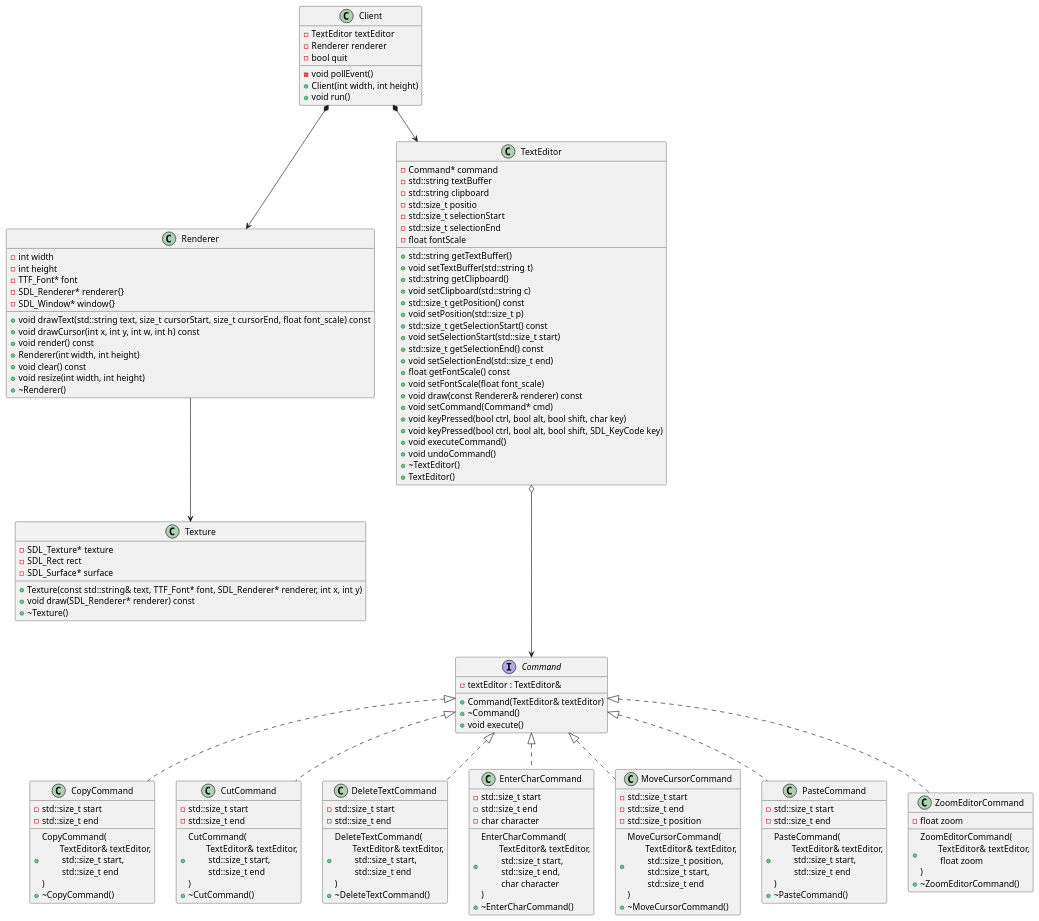
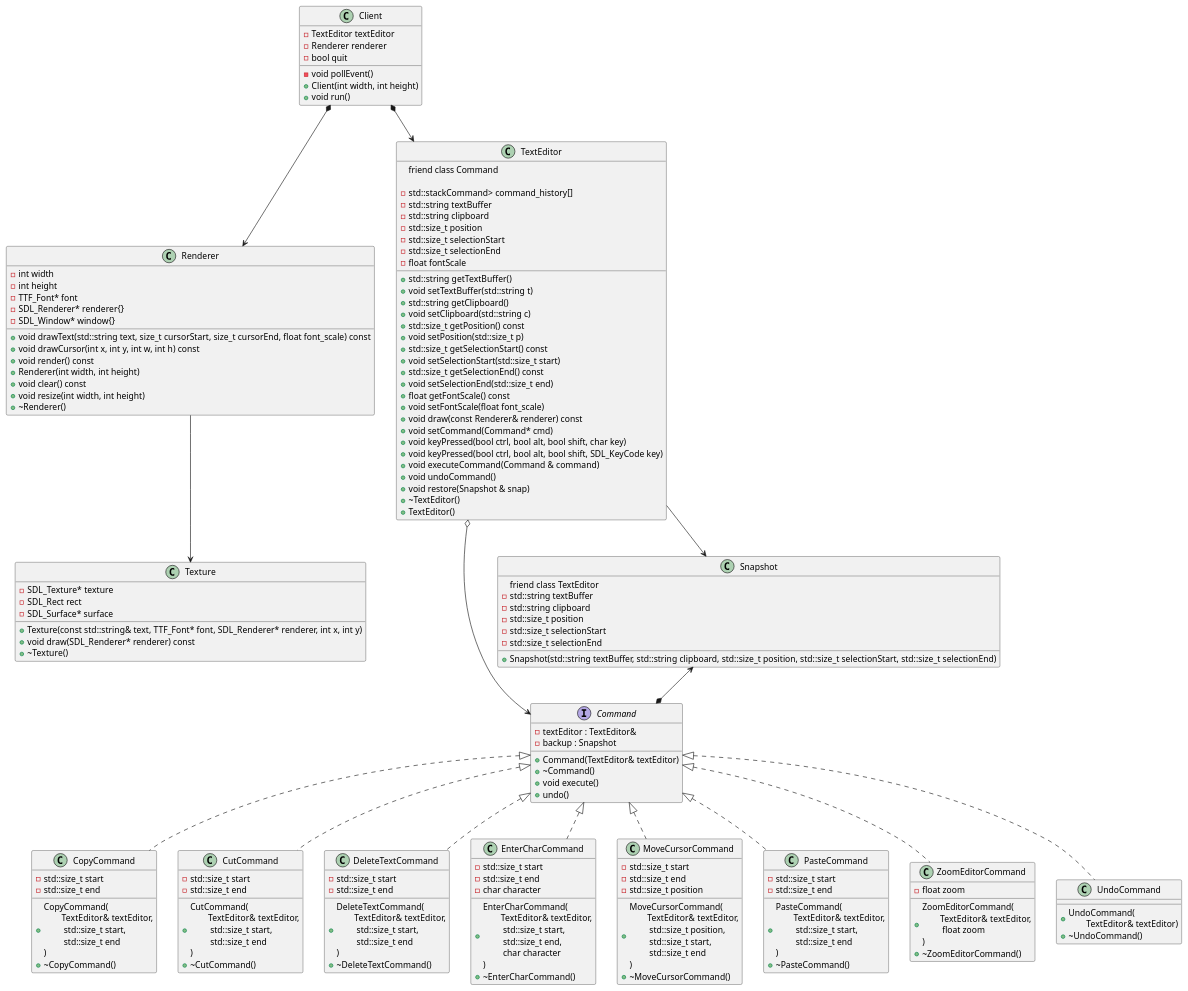
The diagram in V1/conception/diagramme-classes/class.puml (AquaBx/text-editor), drawn with PlantUML before and after one commit. The commit also changed 10 other files, not shown here.

```diff
--- a/V1/conception/diagramme-classes/class.puml
+++ b/V1/conception/diagramme-classes/class.puml
@@ -1,134 +1,160 @@
 @startuml
 interface Command {
     - textEditor : TextEditor&
+    - backup : Snapshot
     + Command(TextEditor& textEditor)
     + ~Command()
     + void execute()
+    + undo()
 }
 
 class CopyCommand {
     - std::size_t start
     - std::size_t end
     + CopyCommand(\n\tTextEditor& textEditor,\n\t std::size_t start,\n\t std::size_t end\n)
     + ~CopyCommand()
 }
 
 class CutCommand {
     - std::size_t start
     - std::size_t end
     + CutCommand(\n\tTextEditor& textEditor,\n\t std::size_t start,\n\t std::size_t end\n)
     + ~CutCommand()
 }
 
 class DeleteTextCommand {
     - std::size_t start
     - std::size_t end
     + DeleteTextCommand(\n\tTextEditor& textEditor,\n\t std::size_t start,\n\t std::size_t end\n)
     + ~DeleteTextCommand()
 }
 
 class EnterCharCommand {
     - std::size_t start
     - std::size_t end
     - char character
     + EnterCharCommand(\n\tTextEditor& textEditor,\n\t std::size_t start,\n\t std::size_t end,\n\t char character\n)
     + ~EnterCharCommand()
 }
 
 class MoveCursorCommand {
     - std::size_t start
     - std::size_t end
     - std::size_t position
     + MoveCursorCommand(\n\tTextEditor& textEditor,\n\t std::size_t position,\n\t std::size_t start,\n\t std::size_t end\n)
     + ~MoveCursorCommand()
 }
 
 class PasteCommand {
     - std::size_t start
     - std::size_t end
     + PasteCommand(\n\tTextEditor& textEditor,\n\t std::size_t start,\n\t std::size_t end\n)
     + ~PasteCommand()
 }
 
 class ZoomEditorCommand {
     - float zoom
     + ZoomEditorCommand(\n\tTextEditor& textEditor,\n\t float zoom\n)
     + ~ZoomEditorCommand()
 }
 
+class UndoCommand {
+    + UndoCommand(\n\tTextEditor& textEditor)
+    + ~UndoCommand()
+}
+
+class Snapshot {
+    friend class TextEditor
+    - std::string textBuffer
+    - std::string clipboard
+    - std::size_t position
+    - std::size_t selectionStart
+    - std::size_t selectionEnd
+    + Snapshot(std::string textBuffer, std::string clipboard, std::size_t position, std::size_t selectionStart, std::size_t selectionEnd)
+}
+
 class Client {
    - TextEditor textEditor
    - Renderer renderer
    - bool quit
    - void pollEvent()
    + Client(int width, int height)
    + void run()
 }
 
 class Renderer {
     - int width
     - int height
     - TTF_Font* font
     - SDL_Renderer* renderer{}
     - SDL_Window* window{}
     + void drawText(std::string text, size_t cursorStart, size_t cursorEnd, float font_scale) const
     + void drawCursor(int x, int y, int w, int h) const
     + void render() const
     + Renderer(int width, int height)
     + void clear() const
     + void resize(int width, int height)
     + ~Renderer()
 }
 
 class TextEditor {
-    - Command* command
+    friend class Command
+
+    - std::stackCommand> command_history[]
     - std::string textBuffer
     - std::string clipboard
-    - std::size_t positio
+    - std::size_t position
     - std::size_t selectionStart
     - std::size_t selectionEnd
     - float fontScale
     + std::string getTextBuffer()
     + void setTextBuffer(std::string t)
     + std::string getClipboard()
     + void setClipboard(std::string c)
     + std::size_t getPosition() const
     + void setPosition(std::size_t p)
     + std::size_t getSelectionStart() const
     + void setSelectionStart(std::size_t start)
     + std::size_t getSelectionEnd() const
     + void setSelectionEnd(std::size_t end)
     + float getFontScale() const
     + void setFontScale(float font_scale)
     + void draw(const Renderer& renderer) const
     + void setCommand(Command* cmd)
     + void keyPressed(bool ctrl, bool alt, bool shift, char key)
     + void keyPressed(bool ctrl, bool alt, bool shift, SDL_KeyCode key)
-    + void executeCommand()
+    + void executeCommand(Command & command)
     + void undoCommand()
+    + void restore(Snapshot & snap)
     + ~TextEditor()
     + TextEditor()
 }
+
+
 
 class Texture {
     - SDL_Texture* texture
     - SDL_Rect rect
     - SDL_Surface* surface
     + Texture(const std::string& text, TTF_Font* font, SDL_Renderer* renderer, int x, int y)
     + void draw(SDL_Renderer* renderer) const
     + ~Texture()
 }
 
 Command <|.. MoveCursorCommand
 Command <|.. EnterCharCommand
 Command <|.. DeleteTextCommand
 Command <|.. CopyCommand
 Command <|.. PasteCommand
 Command <|.. CutCommand
 Command <|.. ZoomEditorCommand
+Command <|.. UndoCommand
+
+Snapshot <--* Command
+TextEditor --> Snapshot
 
 Client *--> TextEditor
 TextEditor o---> Command
 Renderer --> Texture
 Client *--> Renderer
 @enduml
```
